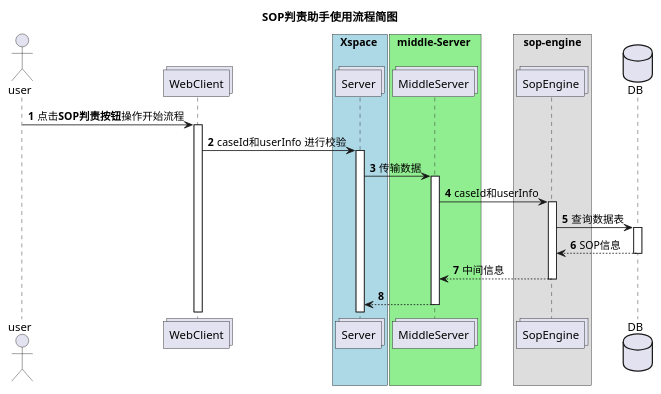
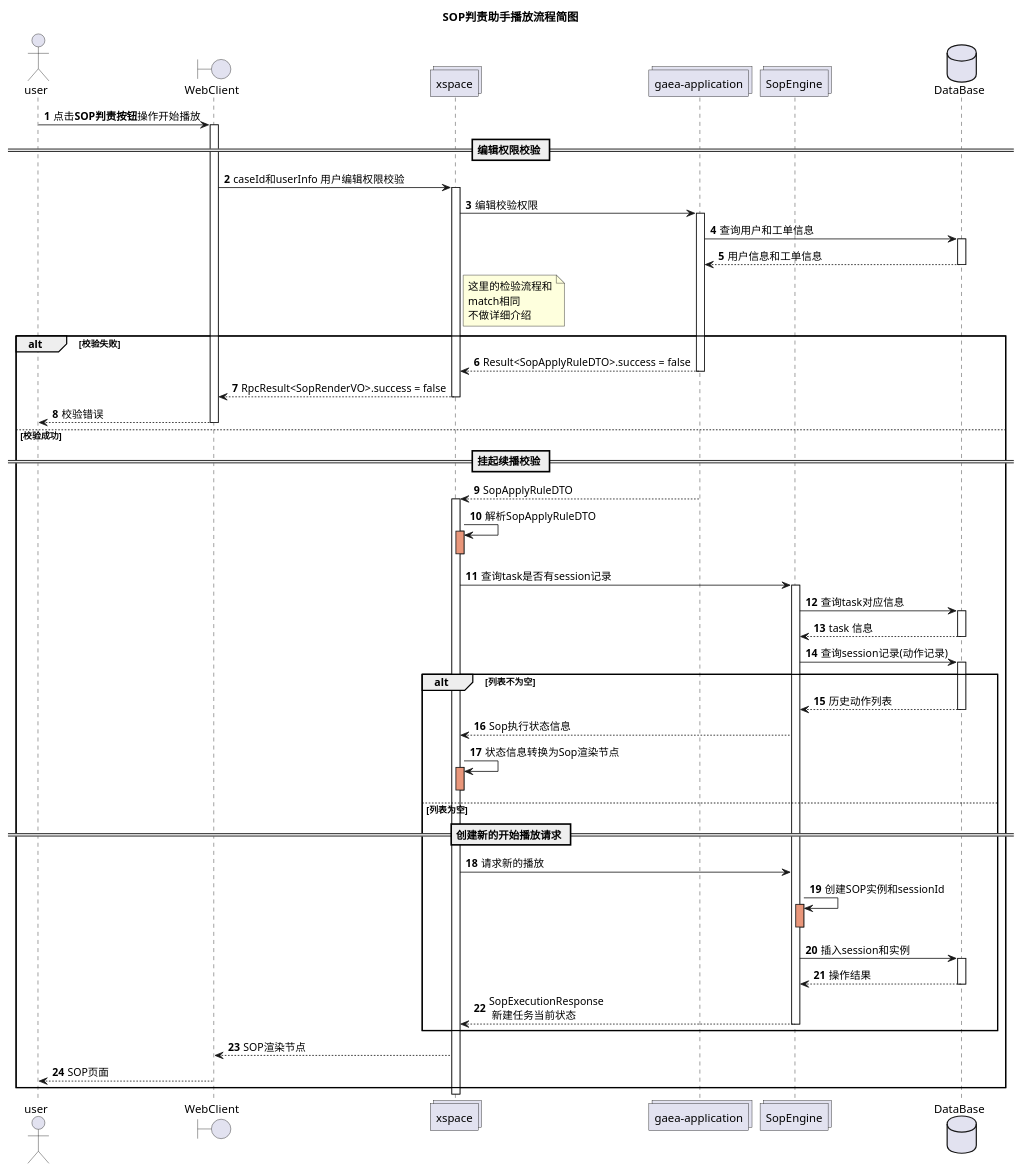
The fourth of 5 diagrams in _posts/2020-06-14_yuque_note.md (xian2207/xian2207.github.io), drawn with PlantUML before and after one commit. The commit also changed other lines of this file and 9 other files, not shown here.

````diff
--- a/_posts/2020-06-14_yuque_note.md
+++ b/_posts/2020-06-14_yuque_note.md
@@ -213,38 +241,82 @@
 ```plantuml
 @startuml
-title SOP判责助手使用流程简图
+title SOP判责助手播放流程简图
 
 actor user
-collections WebClient
-box Xspace #LightBlue
-collections Server
-end box
+boundary WebClient
+'box  Xspace #LightBlue
+collections  "xspace" as Server
+'end box
 
-box middle-Server #LightGreen
-collections MiddleServer
-end box
+' box middle-Server #LightGreen
+' collections MiddleServer
+' end box
+collections "gaea-application" as GaeaApplication
 
-box sop-engine
-collections SopEngine
-end box
-
-database DB
-'用户点击SOP判责助手并开始流程
-autonumber 
-user -> WebClient : 点击<b>SOP判责按钮</b>操作开始流程
-activate WebClient 
-WebClient -> Server : caseId和userInfo 进行校验
-activate Server
-Server -> MiddleServer : 传输数据
-activate MiddleServer
-MiddleServer -> SopEngine : caseId和userInfo
-activate SopEngine
-SopEngine -> DB : 查询数据表
-activate DB
-return SOP信息
-return 中间信息
-return 
+'box sop-engine
+collections "SopEngine" as SopEngine
+'end box
 
 
+database  "DataBase" as DB
+'用户点击SOP判责助手并开始播放
+autonumber 
+user -> WebClient : 点击<b>SOP判责按钮</b>操作开始播放
+
+== 编辑权限校验 ==
+
+activate WebClient 
+WebClient -> Server : caseId和userInfo 用户编辑权限校验 
+activate Server
+Server -> GaeaApplication : 编辑校验权限
+activate GaeaApplication 
+GaeaApplication -> DB : 查询用户和工单信息
+activate DB
+return 用户信息和工单信息
+note right of Server
+这里的检验流程和
+match相同
+不做详细介绍 
+end note 
+alt 校验失败
+return Result<SopApplyRuleDTO>.success = false 
+return RpcResult<SopRenderVO>.success = false
+return 校验错误
+else 校验成功
+'开始播放流程
+== 挂起续播校验 ==
+GaeaApplication --> Server : SopApplyRuleDTO
+activate Server
+Server -> Server : 解析SopApplyRuleDTO
+activate Server #DarkSalmon
+deactivate Server
+Server ->SopEngine  : 查询task是否有session记录
+activate SopEngine
+SopEngine -> DB : 查询task对应信息
+activate DB
+return task 信息
+SopEngine -> DB : 查询session记录(动作记录)
+alt 列表不为空
+activate DB
+return 历史动作列表
+SopEngine --> Server :  Sop执行状态信息
+Server -> Server : 状态信息转换为Sop渲染节点
+activate Server #DarkSalmon
+deactivate Server
+else 列表为空
+== 创建新的开始播放请求 ==
+Server -> SopEngine : 请求新的播放
+SopEngine -> SopEngine : 创建SOP实例和sessionId
+activate SopEngine #DarkSalmon
+deactivate
+SopEngine -> DB : 插入session和实例
+activate DB
+return 操作结果
+return SopExecutionResponse \n 新建任务当前状态
+end 
+Server --> WebClient : SOP渲染节点
+WebClient --> user : SOP页面
+
+end alt
 @enduml
 ```
````
